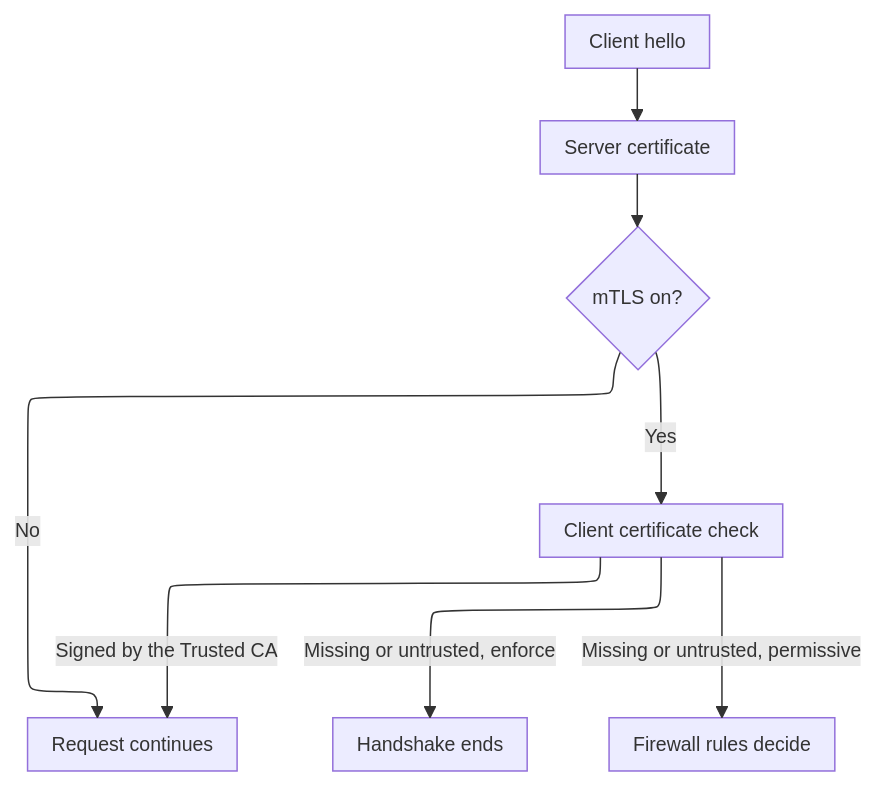
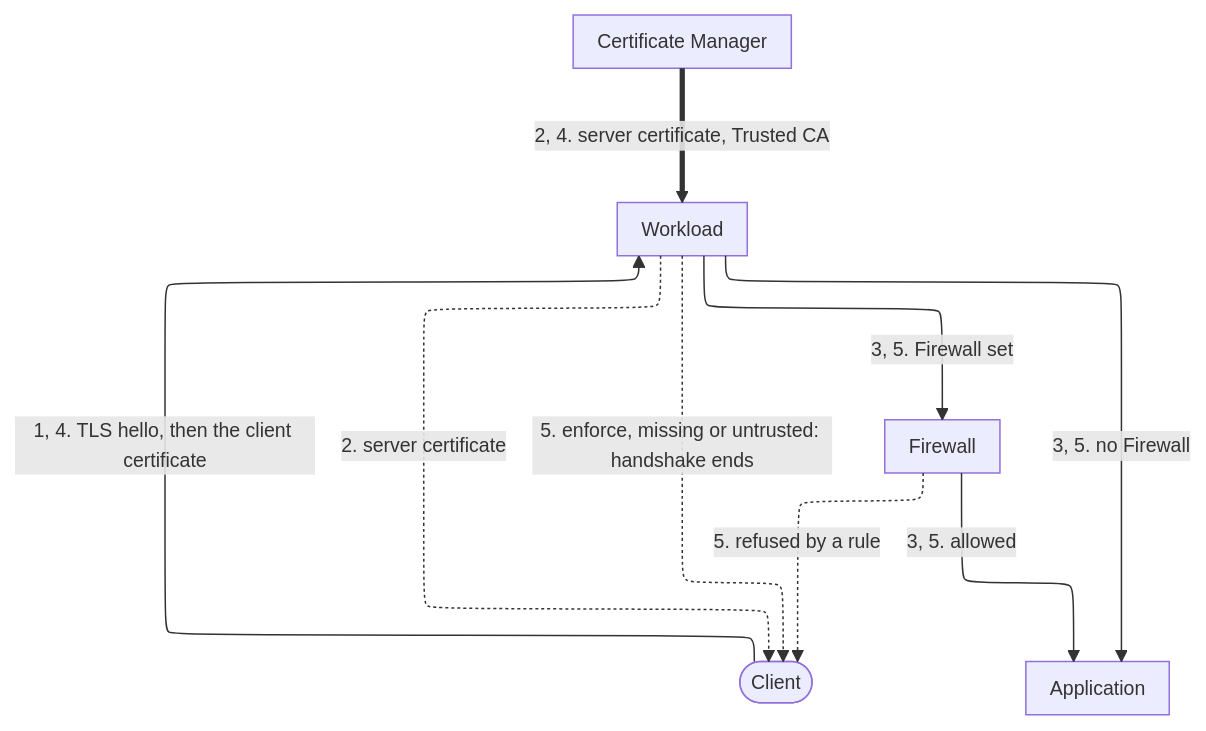
Before and after one commit to aziontech/docs: the third of 5 diagrams in apps/docs/src/content/docs/en/pages/secure/workloads/how-it-works.mdx, drawn with Mermaid. The commit also changed other lines of this file and 76 other files, not shown here.

````diff
--- a/apps/docs/src/content/docs/en/pages/secure/workloads/how-it-works.mdx
+++ b/apps/docs/src/content/docs/en/pages/secure/workloads/how-it-works.mdx
@@ -131,11 +210,17 @@
 ```mermaid
-%%{init: {"layout": "elk", "themeVariables": {"fontSize": "13px"}, "flowchart": {"nodeSpacing": 24, "rankSpacing": 36, "padding": 8, "wrappingWidth": 150, "useMaxWidth": true}, "sequence": {"width": 120, "actorMargin": 30, "useMaxWidth": true}}}%%
+%%{init: {"layout": "elk", "elk": {"cycleBreakingStrategy": "MODEL_ORDER"}, "themeVariables": {"fontSize": "13px"}, "flowchart": {"nodeSpacing": 24, "rankSpacing": 36, "padding": 8, "wrappingWidth": 150, "useMaxWidth": true}, "sequence": {"width": 120, "actorMargin": 30, "useMaxWidth": true}}}%%
 flowchart TD
-  Hello["Client hello"] --> Server["Server certificate"]
-  Server --> Mtls{"mTLS on?"}
-  Mtls -->|"No"| Pass["Request continues"]
-  Mtls -->|"Yes"| Check["Client certificate check"]
-  Check -->|"Signed by the Trusted CA"| Pass
-  Check -->|"Missing or untrusted, enforce"| End["Handshake ends"]
-  Check -->|"Missing or untrusted, permissive"| Rules["Firewall rules decide"]
+  Client(["Client"])
+  WL["Workload"]
+  CM["Certificate Manager"]
+  FW["Firewall"]
+  App["Application"]
+  Client -->|"1, 4. TLS hello, then the client certificate"| WL
+  CM ==>|"2, 4. server certificate, Trusted CA"| WL
+  WL -.->|"2. server certificate"| Client
+  WL -.->|"5. enforce, missing or untrusted: handshake ends"| Client
+  WL -->|"3, 5. Firewall set"| FW
+  WL -->|"3, 5. no Firewall"| App
+  FW -->|"3, 5. allowed"| App
+  FW -.->|"5. refused by a rule"| Client
 ```
````
